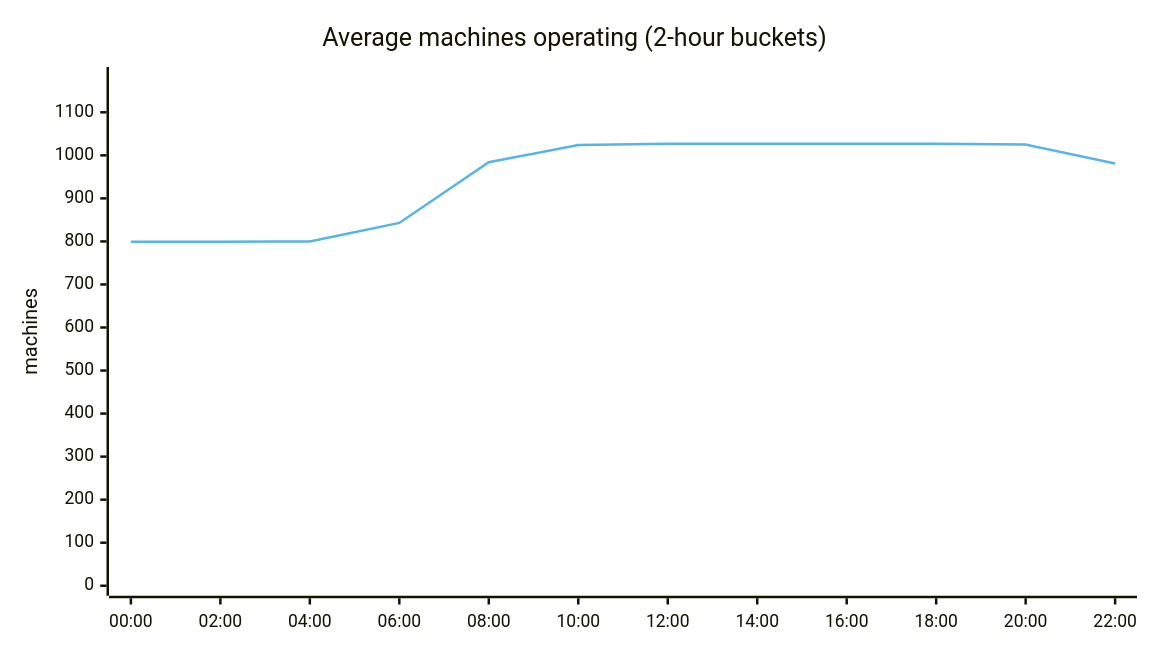
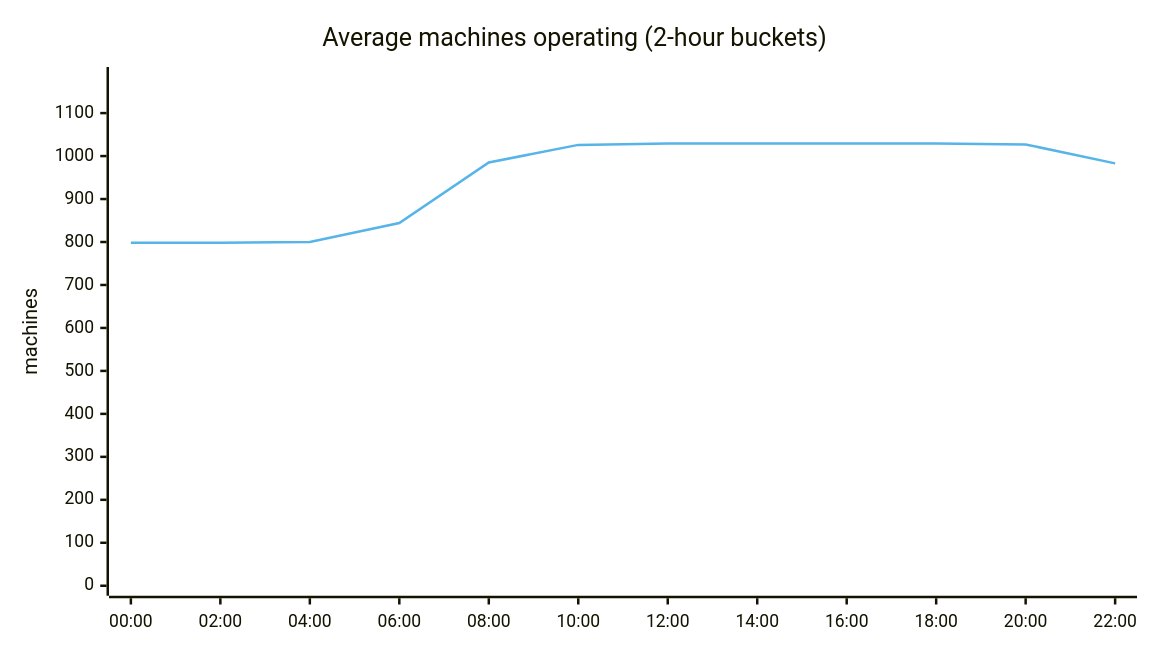
The third of 7 diagrams in ANALYSIS.md (cheeaun/returnright-data), drawn with Mermaid before and after one commit. The commit also changed other lines of this file and 3 other files, not shown here.

````diff
--- a/ANALYSIS.md
+++ b/ANALYSIS.md
@@ -85,15 +88,15 @@
 ```mermaid
 ---
 config:
   themeVariables:
     xyChart:
       plotColorPalette: "#56B4E9"
   xyChart:
     width: 900
 ---
 xychart-beta
     title "Average machines operating (2-hour buckets)"
     x-axis ["00:00", "02:00", "04:00", "06:00", "08:00", "10:00", "12:00", "14:00", "16:00", "18:00", "20:00", "22:00"]
-    y-axis "machines" 0 --> 1182
-    line [799, 799, 800, 843, 984, 1024, 1027, 1027, 1027, 1027, 1025, 981]
+    y-axis "machines" 0 --> 1184
+    line [798, 798, 800, 844, 985, 1026, 1029, 1029, 1029, 1029, 1027, 983]
 ```
````
